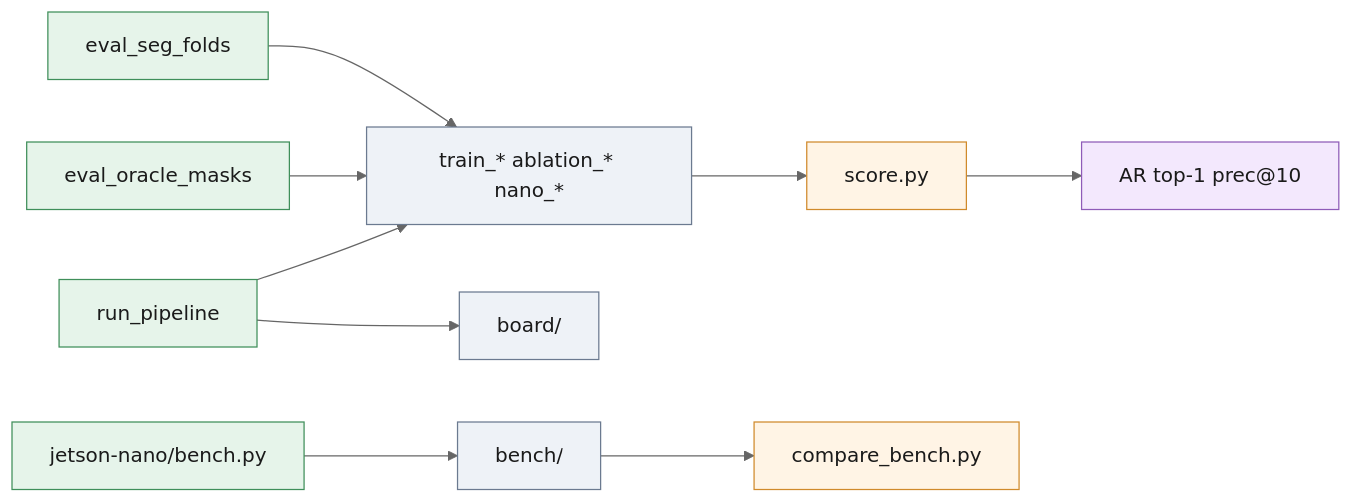
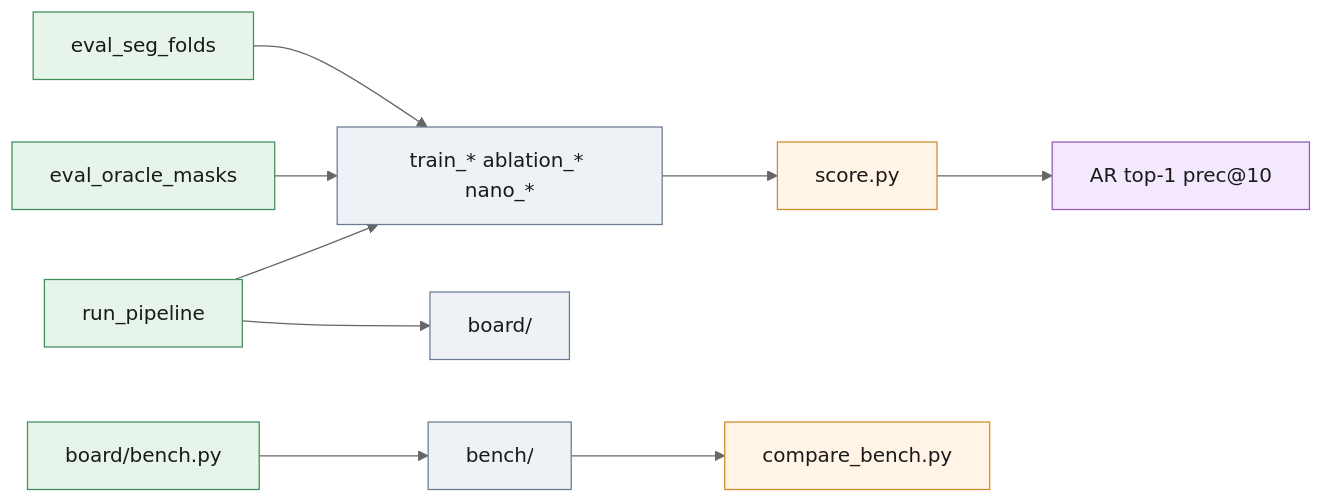
Before and after one commit to vucongboi080804/eureka-pose-estimation: the diagram in results/README.md, drawn with Mermaid (neutral theme). The commit also changed other lines of this file and 95 other files, not shown here.

````diff
--- a/results/README.md
+++ b/results/README.md
@@ -20,13 +20,13 @@
 ```mermaid
 flowchart LR
   ESF[eval_seg_folds]:::geom --> ACC[train_* ablation_* nano_*]:::data
   EOM[eval_oracle_masks]:::geom --> ACC
   RP[run_pipeline]:::geom --> ACC
   ACC --> SC[score.py]:::check --> T[AR top-1 prec@10]:::out
-  BEN[jetson-nano/bench.py]:::geom --> TIM[bench/]:::data --> CB[compare_bench.py]:::check
+  BEN[board/bench.py]:::geom --> TIM[bench/]:::data --> CB[compare_bench.py]:::check
   RP --> BRD[board/]:::data
   classDef data fill:#eef2f7,stroke:#6b7a90,color:#1a1a1a
   classDef geom fill:#e6f4ea,stroke:#3f8f5a,color:#1a1a1a
   classDef check fill:#fff4e5,stroke:#d08a2b,color:#1a1a1a
   classDef out fill:#f3e8fd,stroke:#8e5bb8,color:#1a1a1a
 ```
````
